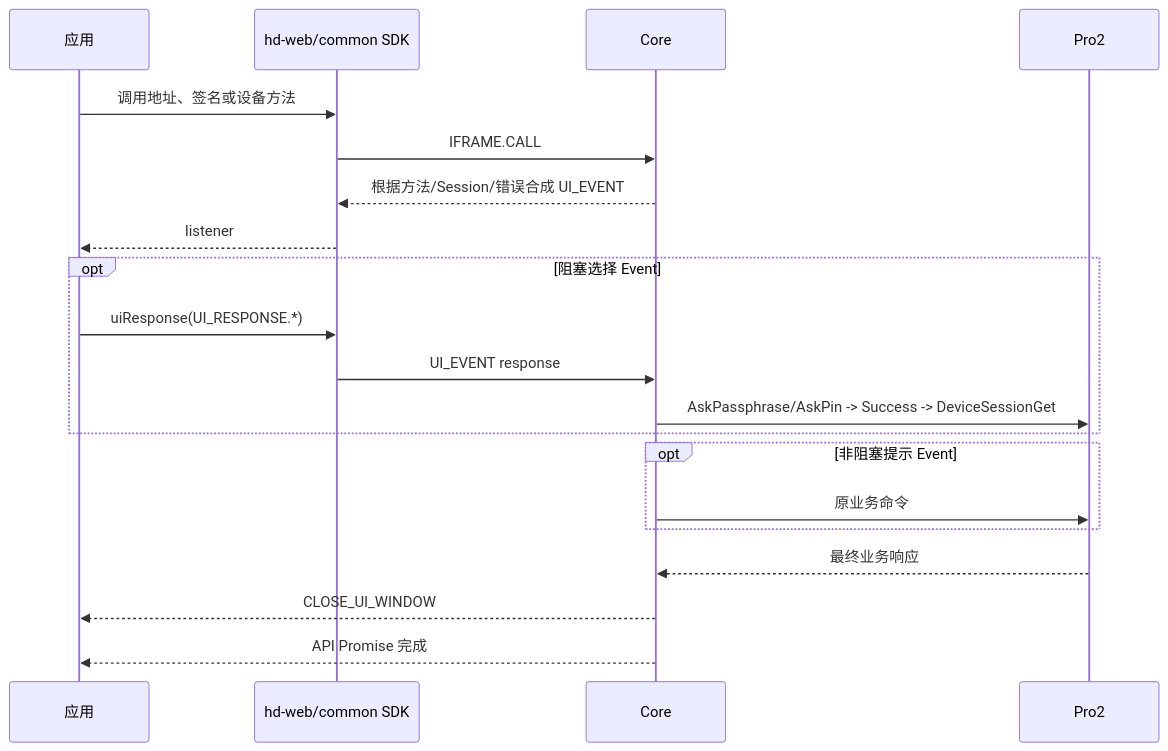
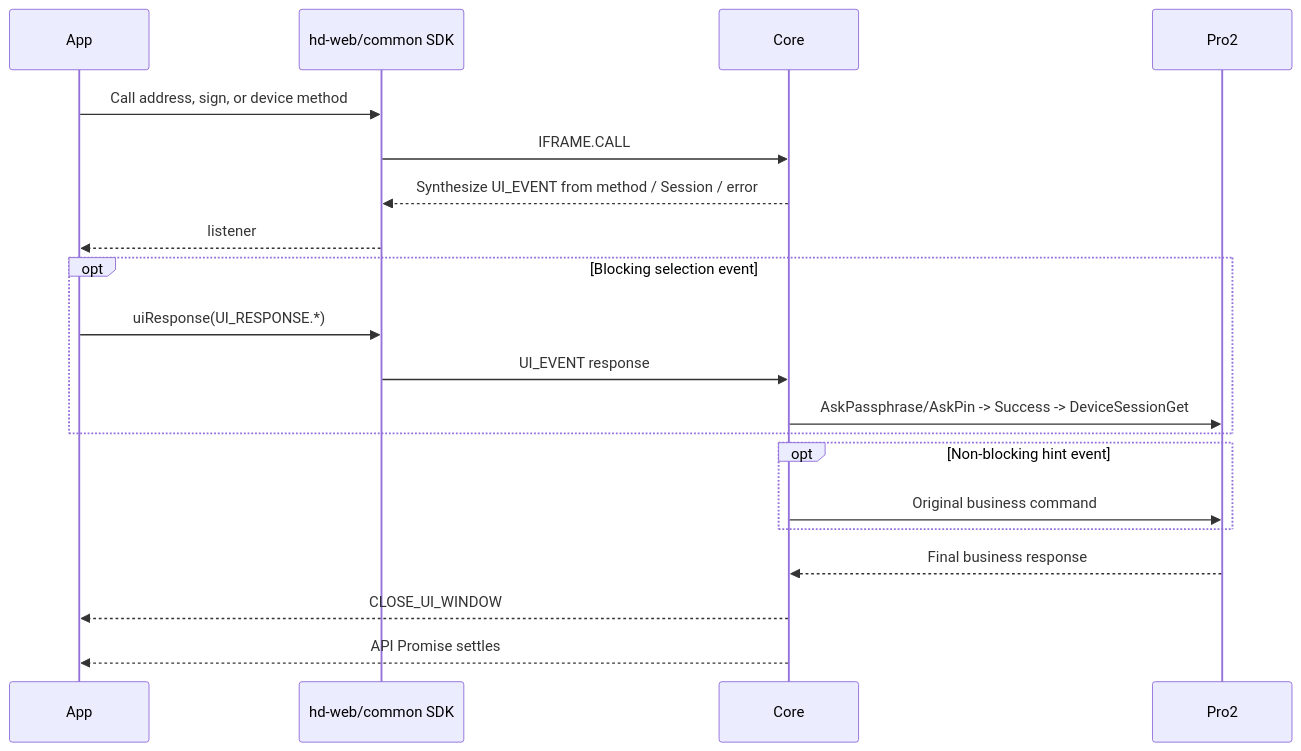
The second of 2 diagrams in docs/sdk/events.md (OneKeyHQ/hardware-js-sdk), drawn with Mermaid before and after one commit. The commit also changed other lines of this file and 13 other files, not shown here.

````diff
--- a/docs/sdk/events.md
+++ b/docs/sdk/events.md
@@ -114,23 +103,23 @@
 ```mermaid
 sequenceDiagram
-  participant App as 应用
+  participant App
   participant SDK as hd-web/common SDK
   participant Core
   participant Device as Pro2
 
-  App->>SDK: 调用地址、签名或设备方法
+  App->>SDK: Call address, sign, or device method
   SDK->>Core: IFRAME.CALL
-  Core-->>SDK: 根据方法/Session/错误合成 UI_EVENT
+  Core-->>SDK: Synthesize UI_EVENT from method / Session / error
   SDK-->>App: listener
-  opt 阻塞选择 Event
+  opt Blocking selection event
     App->>SDK: uiResponse(UI_RESPONSE.*)
     SDK->>Core: UI_EVENT response
     Core->>Device: AskPassphrase/AskPin -> Success -> DeviceSessionGet
   end
-  opt 非阻塞提示 Event
-    Core->>Device: 原业务命令
+  opt Non-blocking hint event
+    Core->>Device: Original business command
   end
-  Device-->>Core: 最终业务响应
+  Device-->>Core: Final business response
   Core-->>App: CLOSE_UI_WINDOW
-  Core-->>App: API Promise 完成
+  Core-->>App: API Promise settles
 ```
````
